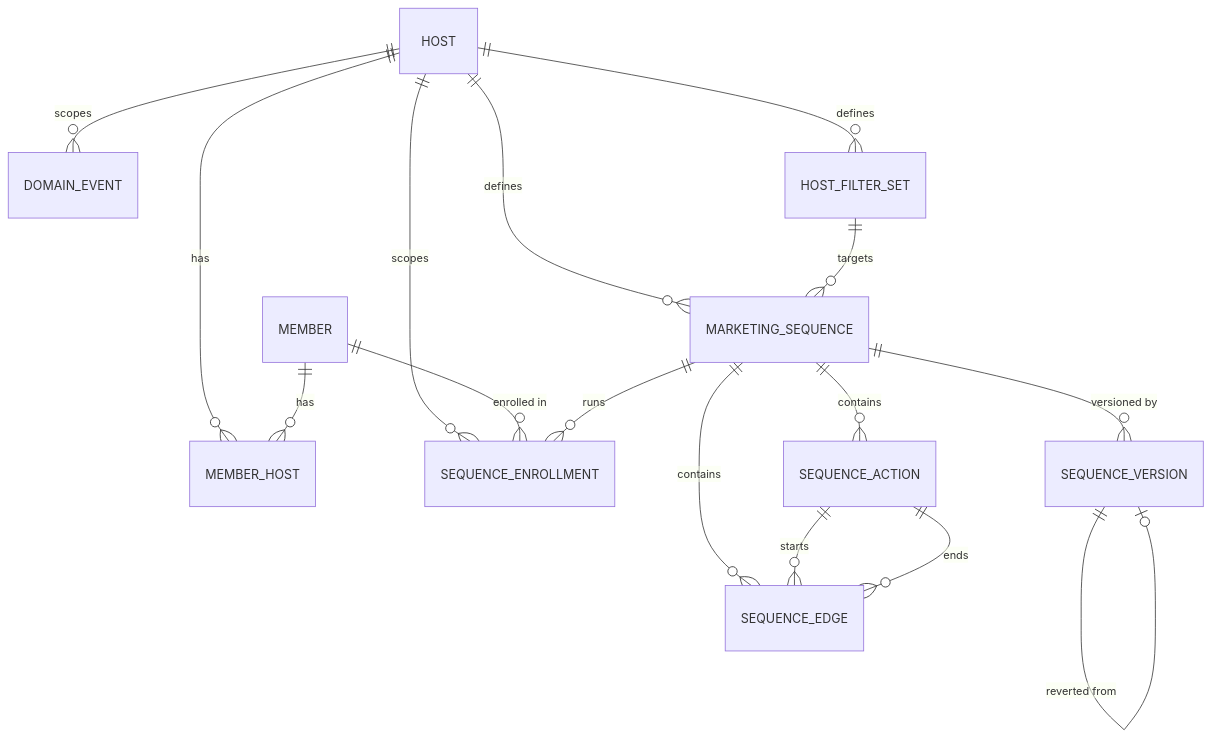
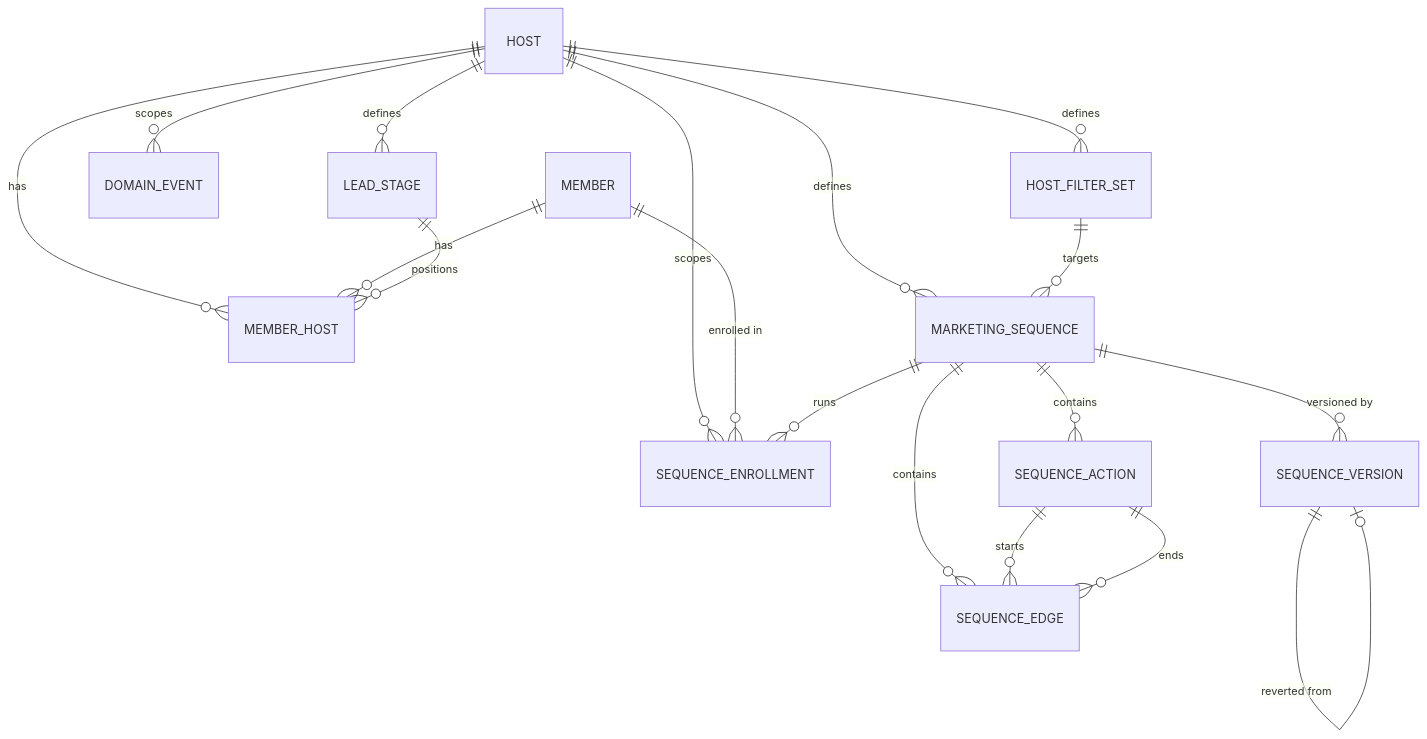
The diagram in docs/data-model.md (MatejBransky/effective-app), drawn with Mermaid before and after one commit. The commit also changed other lines of this file, not shown here.

Commit message:
Add business-type lead stage templates (LeadStageTemplate, LeadStage) to data model

````diff
--- a/docs/data-model.md
+++ b/docs/data-model.md
@@ -223,18 +257,20 @@
 ```mermaid
 erDiagram
   HOST ||--o{ MEMBER_HOST : has
   MEMBER ||--o{ MEMBER_HOST : has
   HOST ||--o{ MARKETING_SEQUENCE : defines
   HOST ||--o{ SEQUENCE_ENROLLMENT : scopes
   HOST ||--o{ DOMAIN_EVENT : scopes
   HOST ||--o{ HOST_FILTER_SET : defines
+  HOST ||--o{ LEAD_STAGE : defines
+  LEAD_STAGE ||--o{ MEMBER_HOST : "positions"
   MEMBER ||--o{ SEQUENCE_ENROLLMENT : "enrolled in"
   HOST_FILTER_SET ||--o{ MARKETING_SEQUENCE : targets
   MARKETING_SEQUENCE ||--o{ SEQUENCE_ACTION : contains
   MARKETING_SEQUENCE ||--o{ SEQUENCE_EDGE : contains
   MARKETING_SEQUENCE ||--o{ SEQUENCE_ENROLLMENT : runs
   MARKETING_SEQUENCE ||--o{ SEQUENCE_VERSION : "versioned by"
   SEQUENCE_ACTION ||--o{ SEQUENCE_EDGE : starts
   SEQUENCE_ACTION ||--o{ SEQUENCE_EDGE : ends
   SEQUENCE_VERSION ||--o| SEQUENCE_VERSION : "reverted from"
 ```
````
